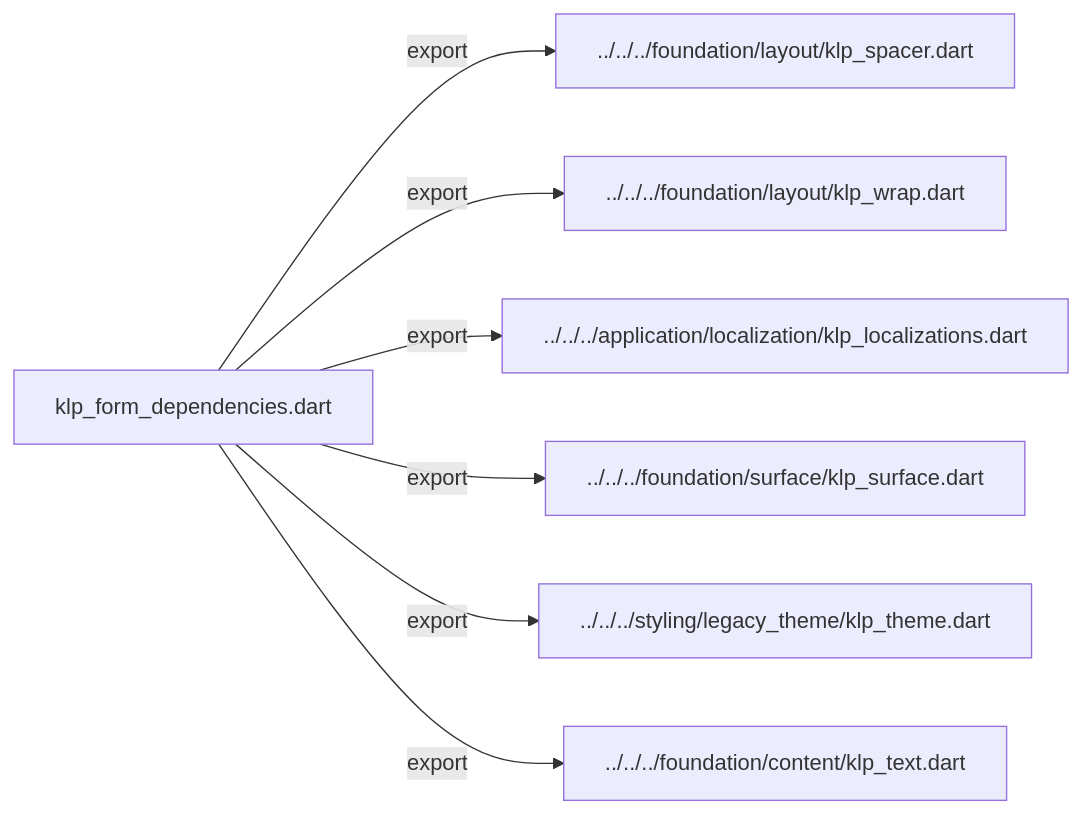
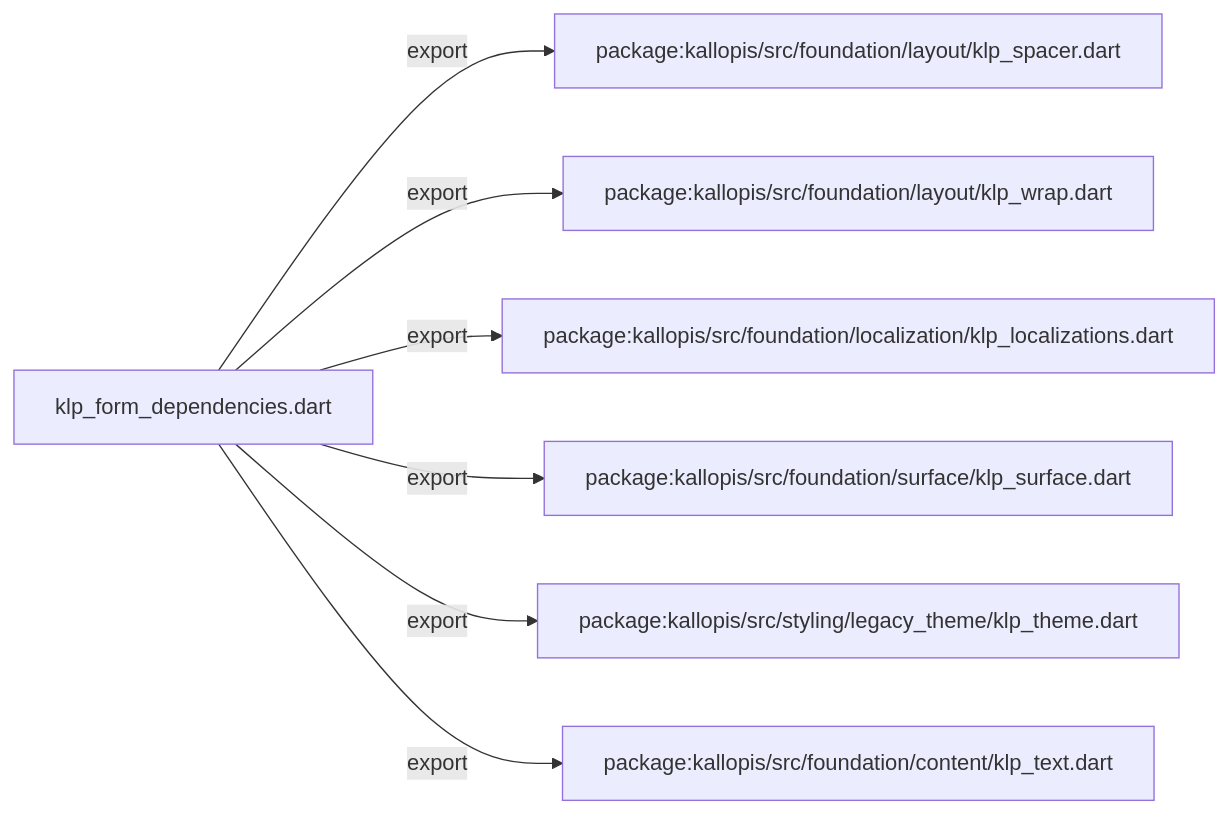
Before and after one commit to MiuDog/Kallopis: the third of 3 diagrams in docs/architecture/src/features/forms/internal/klp_form_dependencies.md, drawn with Mermaid. The commit also changed other lines of this file and 9688 other files, not shown here.

Commit message:
Prepare isolated Flow F2 peer baseline

````diff
--- a/docs/architecture/src/features/forms/internal/klp_form_dependencies.md
+++ b/docs/architecture/src/features/forms/internal/klp_form_dependencies.md
@@ -65,16 +65,16 @@
 ```mermaid
 flowchart LR
 	n0["klp_form_dependencies.dart"]
-	n1["../../../foundation/layout/klp_spacer.dart"]
-	n2["../../../foundation/layout/klp_wrap.dart"]
-	n3["../../../application/localization/klp_localizations.dart"]
-	n4["../../../foundation/surface/klp_surface.dart"]
-	n5["../../../styling/legacy_theme/klp_theme.dart"]
-	n6["../../../foundation/content/klp_text.dart"]
+	n1["package:kallopis/src/foundation/layout/klp_spacer.dart"]
+	n2["package:kallopis/src/foundation/layout/klp_wrap.dart"]
+	n3["package:kallopis/src/foundation/localization/klp_localizations.dart"]
+	n4["package:kallopis/src/foundation/surface/klp_surface.dart"]
+	n5["package:kallopis/src/styling/legacy_theme/klp_theme.dart"]
+	n6["package:kallopis/src/foundation/content/klp_text.dart"]
 	n0 -->|"export"| n1
 	n0 -->|"export"| n2
 	n0 -->|"export"| n3
 	n0 -->|"export"| n4
 	n0 -->|"export"| n5
 	n0 -->|"export"| n6
 ```
````
